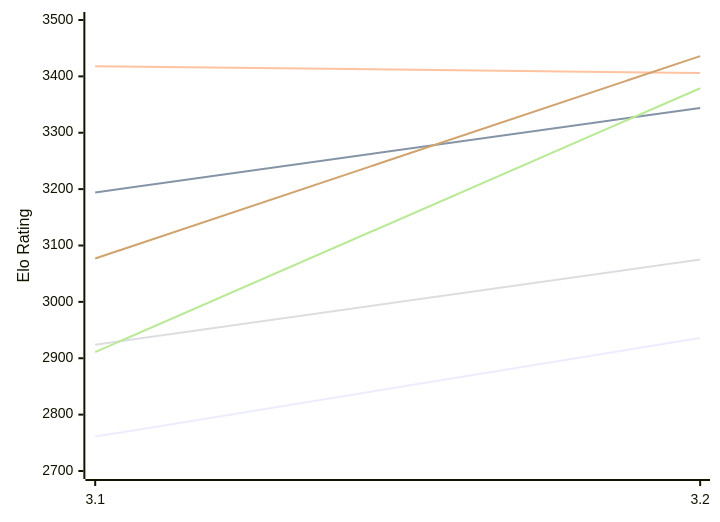
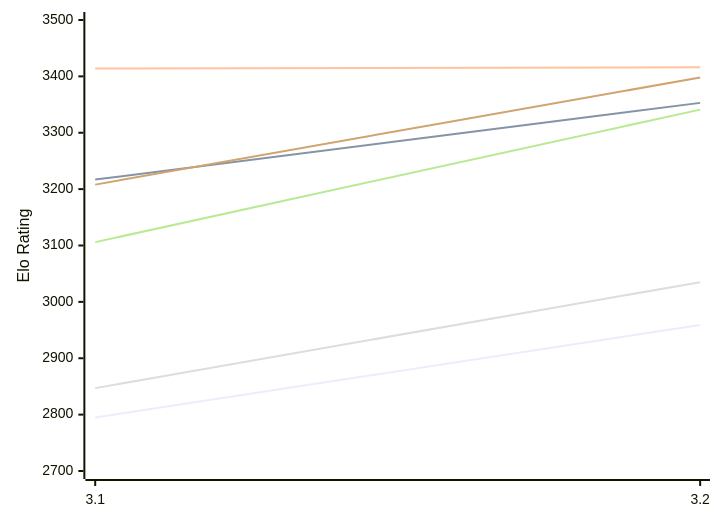
One commit to computer-chess-index/cci changed the first of 2 diagrams in engines/Thrawn.md. Above: the diagram before and after it, drawn with Mermaid. The commit also changed other lines of this file, not shown here.

Commit message:
Update CCI Ratings (ELO VLTC) - 2026-11-14

````diff
--- a/engines/Thrawn.md
+++ b/engines/Thrawn.md
@@ -52,12 +52,12 @@
 ```mermaid
 %%{init: {"theme":"base","themeVariables":{"seriesColors:['#a3a3a3','#222221','#faa371']}}}%%
 xychart-beta
   x-axis ["3.1", "3.2"]
   y-axis "Elo Rating" 2700 --> 3500
-  line "E1: STC (8.0+0.08s)" [2761, 2936]
-  line "E1: LTC (60.0+0.60s)" [3194, 3344]
-  line "E1: VLTC (2m24s+1.12s)" [3418, 3406]
-  line "P1: STC (8.0+0.08s)" [2924, 3075]
-  line "P1: LTC (60.0+0.60s)" [2911, 3379]
-  line "P1: VLTC (2m24s+1.12s)" [3077, 3436]
+  line "E1: STC (8.0+0.08s)" [2795, 2959]
+  line "E1: LTC (60.0+0.60s)" [3217, 3353]
+  line "E1: VLTC (2m24s+1.12s)" [3414, 3416]
+  line "P1: STC (8.0+0.08s)" [2847, 3035]
+  line "P1: LTC (60.0+0.60s)" [3106, 3341]
+  line "P1: VLTC (2m24s+1.12s)" [3208, 3398]
 ```
````
